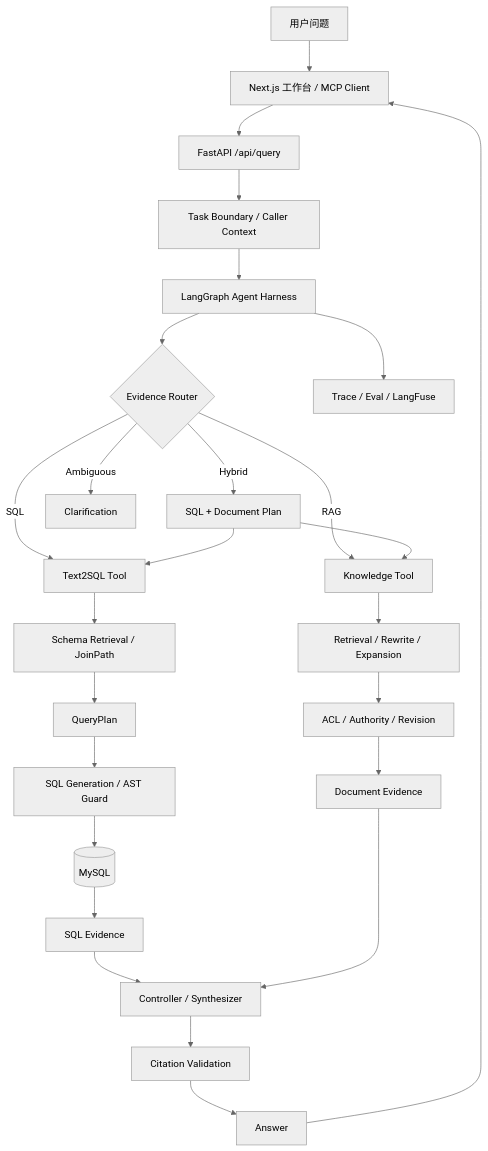
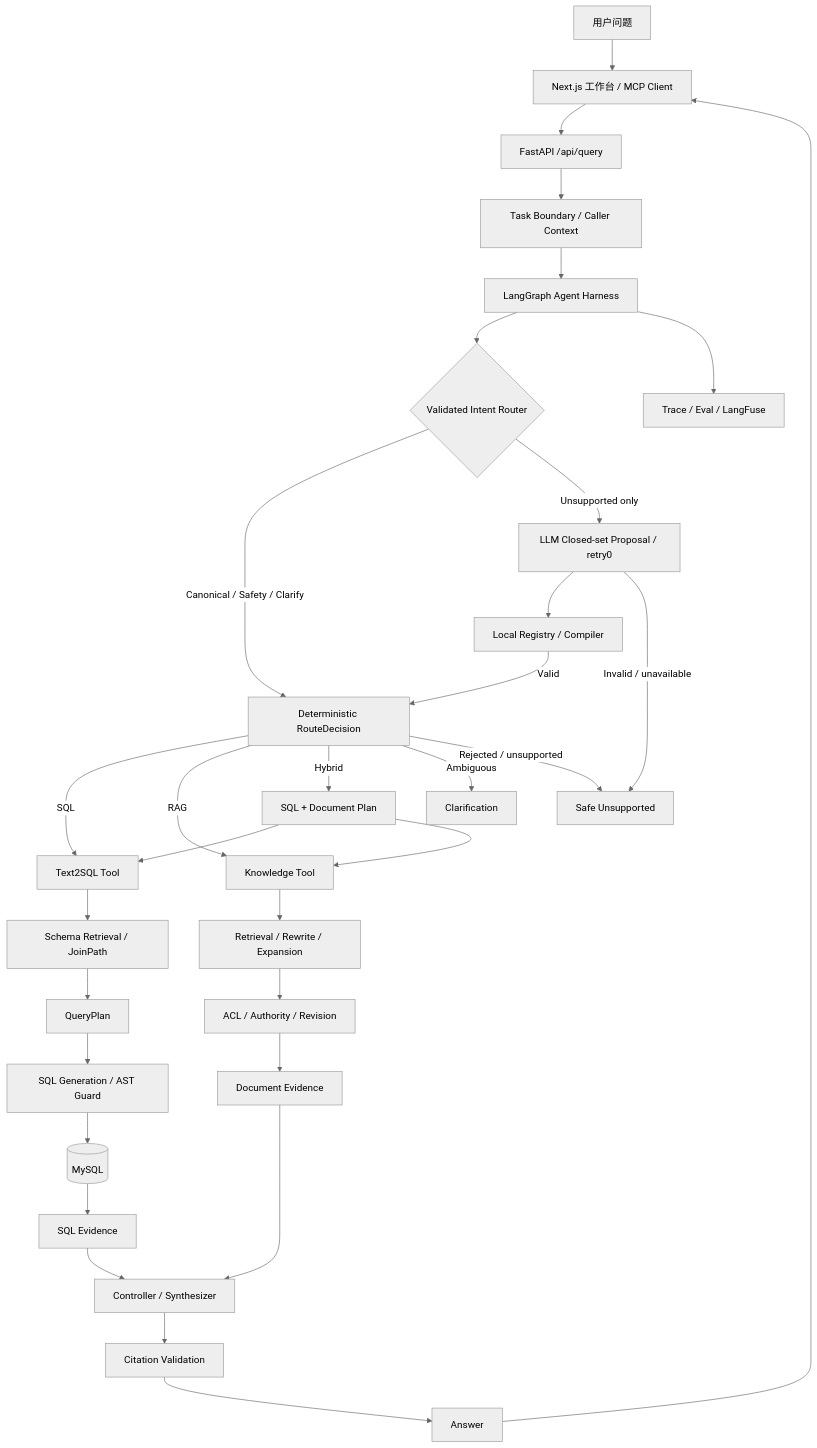
One commit to Stephen2366/data-pilot changed the diagram in README.md. Above: the diagram before and after it, drawn with Mermaid (neutral theme). The commit also changed other lines of this file and 1 other file, not shown here.

Commit message:
HARNESS_ROUTER_MODE

````diff
--- a/README.md
+++ b/README.md
@@ -21,33 +21,39 @@
 ```mermaid
 flowchart TD
     U[用户问题] --> WEB[Next.js 工作台 / MCP Client]
     WEB --> API[FastAPI /api/query]
     API --> TASK[Task Boundary / Caller Context]
     TASK --> GRAPH[LangGraph Agent Harness]
 
-    GRAPH --> ROUTER{Evidence Router}
-    ROUTER -->|SQL| SQL[Text2SQL Tool]
-    ROUTER -->|RAG| RAG[Knowledge Tool]
-    ROUTER -->|Hybrid| BOTH[SQL + Document Plan]
-    ROUTER -->|Ambiguous| CLARIFY[Clarification]
+    GRAPH --> ROUTER{Validated Intent Router}
+    ROUTER -->|Canonical / Safety / Clarify| DECISION[Deterministic RouteDecision]
+    ROUTER -->|Unsupported only| LLM[LLM Closed-set Proposal / retry0]
+    LLM --> COMPILER[Local Registry / Compiler]
+    COMPILER -->|Valid| DECISION
+    LLM -->|Invalid / unavailable| STOP[Safe Unsupported]
+    DECISION -->|SQL| SQL[Text2SQL Tool]
+    DECISION -->|RAG| RAG[Knowledge Tool]
+    DECISION -->|Hybrid| BOTH[SQL + Document Plan]
+    DECISION -->|Ambiguous| CLARIFY[Clarification]
+    DECISION -->|Rejected / unsupported| STOP
 
     SQL --> SCHEMA[Schema Retrieval / JoinPath]
     SCHEMA --> PLAN[QueryPlan]
     PLAN --> GUARD[SQL Generation / AST Guard]
     GUARD --> DB[(MySQL)]
     DB --> SE[SQL Evidence]
 
     RAG --> SEARCH[Retrieval / Rewrite / Expansion]
     SEARCH --> ACL[ACL / Authority / Revision]
     ACL --> DE[Document Evidence]
 
     BOTH --> SQL
     BOTH --> RAG
     SE --> CTRL[Controller / Synthesizer]
     DE --> CTRL
     CTRL --> CITE[Citation Validation]
     CITE --> ANSWER[Answer]
 
     GRAPH --> TRACE[Trace / Eval / LangFuse]
     ANSWER --> WEB
 ```
````
